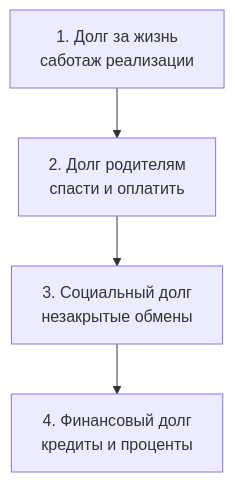
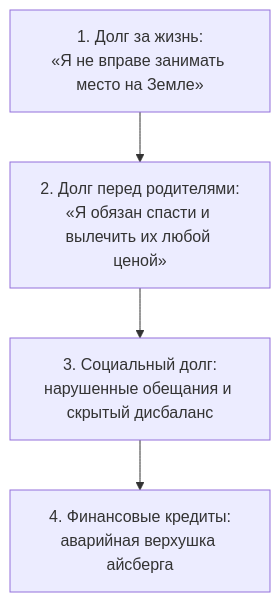
The diagram in root/45-debts-and-survival-strategies/ru.mdx (GTFB/threebooks), drawn with Mermaid before and after one commit. The commit also changed other lines of this file and 40 other files, not shown here.

````diff
--- a/root/45-debts-and-survival-strategies/ru.mdx
+++ b/root/45-debts-and-survival-strategies/ru.mdx
@@ -33,6 +35,6 @@
 ```mermaid
 flowchart TD
-  A["1. Долг за жизнь\nсаботаж реализации"] --> B["2. Долг родителям\nспасти и оплатить"]
-  B --> C["3. Социальный долг\nнезакрытые обмены"]
-  C --> D["4. Финансовый долг\nкредиты и проценты"]
+  A["1. Долг за жизнь:\n«Я не вправе занимать место на Земле»"] --> B["2. Долг перед родителями:\n«Я обязан спасти и вылечить их любой ценой»"]
+  B --> C["3. Социальный долг:\nнарушенные обещания и скрытый дисбаланс"]
+  C --> D["4. Финансовые кредиты:\nаварийная верхушка айсберга"]
 ```
````
